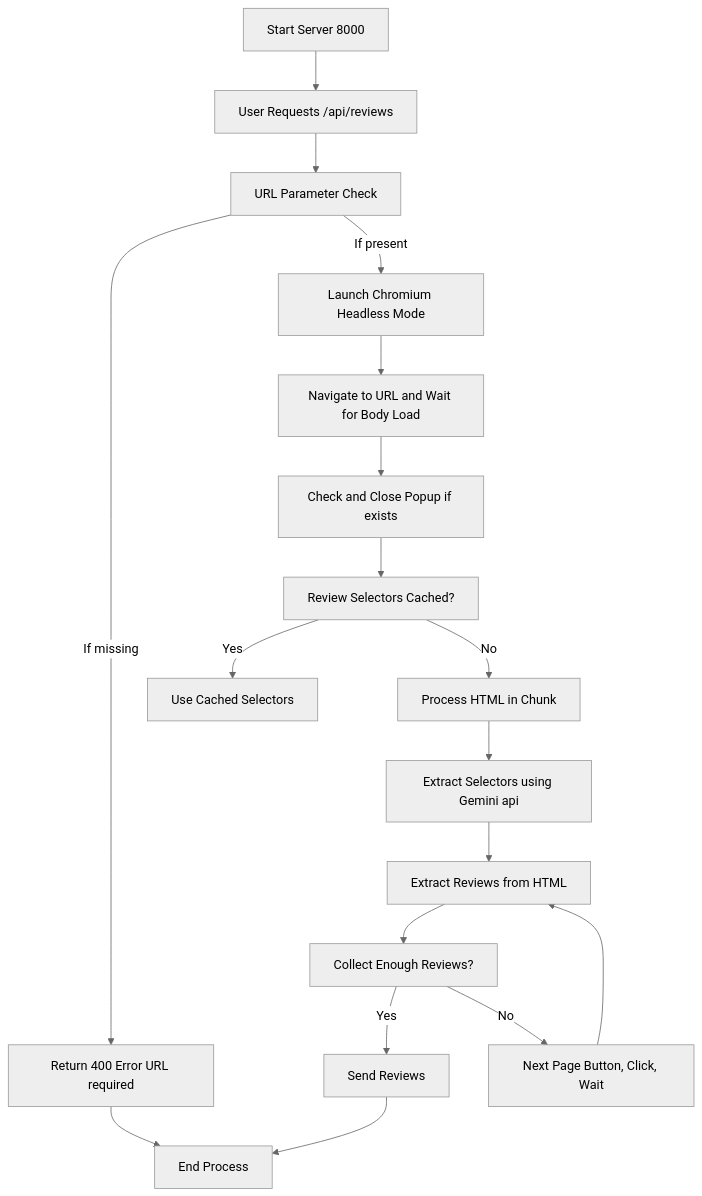
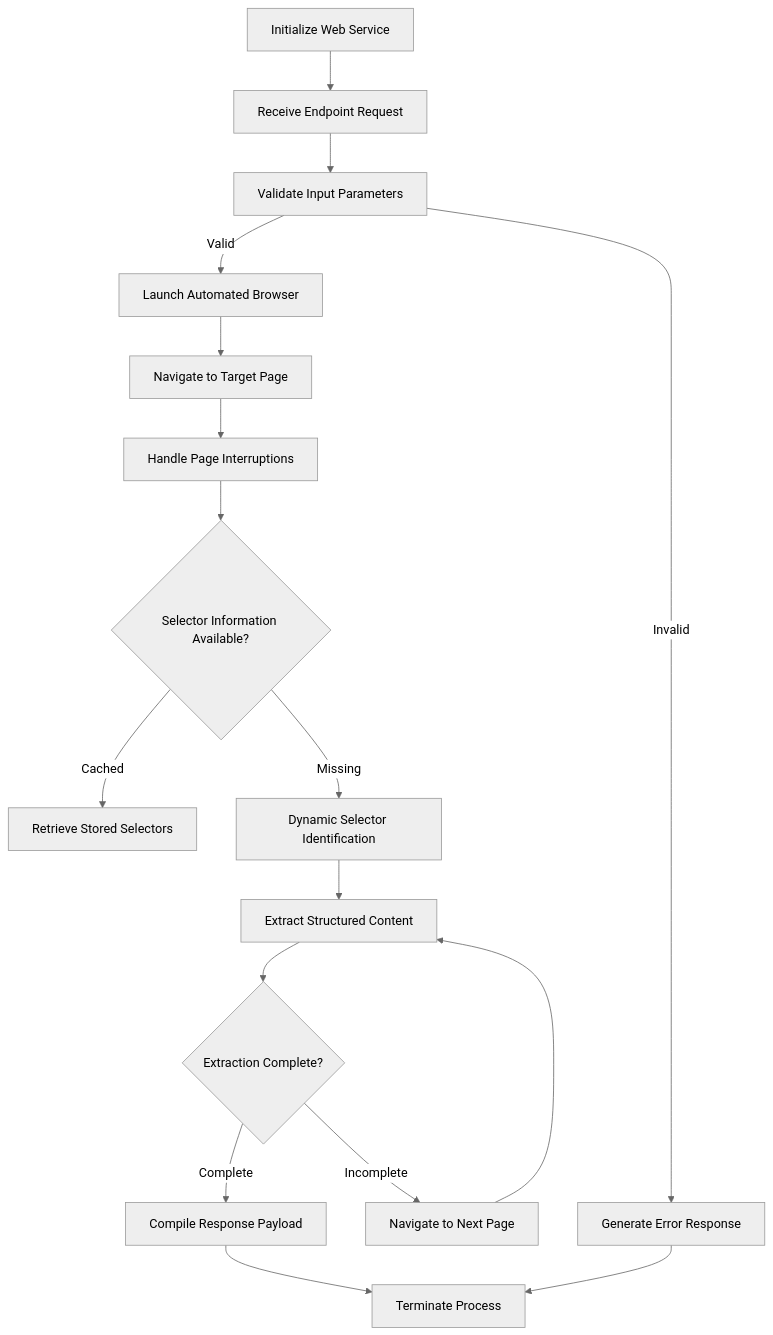
The diagram in README.md (manish3173/Review_extractor-Gomarbel), drawn with Mermaid (neutral theme) before and after one commit. The commit also changed other lines of this file, not shown here.

````diff
--- a/README.md
+++ b/README.md
@@ -7,20 +8,19 @@
 ```mermaid
 graph TD;
-    A[Start Server 8000] --> B[User Requests /api/reviews]
-    B --> C[URL Parameter Check]
-    C -->|If missing| D[Return 400 Error URL required]
-    C -->|If present| E[Launch Chromium Headless Mode]
-    E --> F[Navigate to URL and Wait for Body Load]
-    F --> G[Check and Close Popup if exists]
-    G --> H[Review Selectors Cached?]
-    H -->|Yes| I[Use Cached Selectors]
-    H -->|No| J[Process HTML in Chunk]
-    J --> K[Extract Selectors using Gemini api]
-    K --> L[Extract Reviews from HTML]
-    L --> M[Collect Enough Reviews?]
-    M -->|Yes| N[Send Reviews]
-    M -->|No| O[Next Page Button, Click, Wait]
-    N --> P[End Process]
-    O --> L
-    D --> P
+    A[Initialize Web Service] --> B[Receive Endpoint Request]
+    B --> C[Validate Input Parameters]
+    C -->|Invalid| D[Generate Error Response]
+    C -->|Valid| E[Launch Automated Browser]
+    E --> F[Navigate to Target Page]
+    F --> G[Handle Page Interruptions]
+    G --> H{Selector Information Available?}
+    H -->|Cached| I[Retrieve Stored Selectors]
+    H -->|Missing| J[Dynamic Selector Identification]
+    J --> K[Extract Structured Content]
+    K --> L{Extraction Complete?}
+    L -->|Incomplete| M[Navigate to Next Page]
+    L -->|Complete| N[Compile Response Payload]
+    M --> K
+    N --> O[Terminate Process]
+    D --> O
 ```
````
